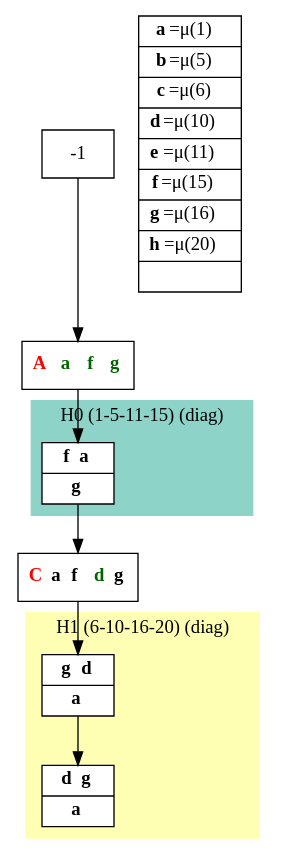
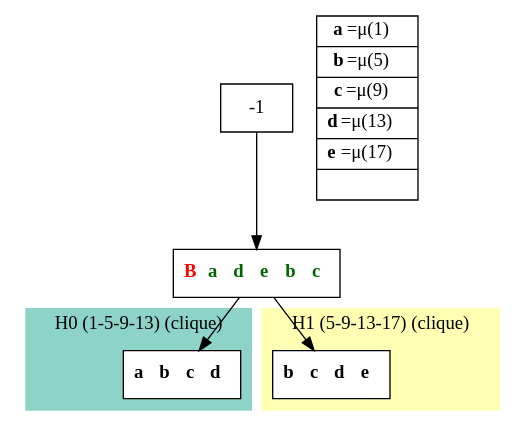
One commit to bmarchand/auto-dp changed the diagram in results/compact_dot_files/compact_H_letters.dot. Above: the diagram before and after it, drawn with Graphviz. The commit also changed 188 other files, not shown here.

```diff
--- a/results/compact_dot_files/compact_H_letters.dot
+++ b/results/compact_dot_files/compact_H_letters.dot
@@ -1,29 +1,26 @@
 digraph G {
     node [shape=box];
     subgraph cluster0 {
         node [style=filled,fillcolor=white];
         labeljust="l";
         style=filled;
         color="#8DD3C7";
         H0_0;
-        label="H0 (1-5-11-15) (diag)";
+        label="H0 (1-5-9-13) (clique)";
     }
     subgraph cluster1 {
         node [style=filled,fillcolor=white];
         labeljust="l";
         style=filled;
         color="#FFFFB3";
-        H1_7 -> H1_0;
-        label="H1 (6-10-16-20) (diag)";
+        H1_0;
+        label="H1 (5-9-13-17) (clique)";
     }
-     1 [shape=record,label= <{  <FONT COLOR="RED"><b>A</b></FONT>  <FONT COLOR="DARKGREEN"><b>a</b></FONT>  <FONT COLOR="DARKGREEN"><b>f</b></FONT>  <FONT COLOR="DARKGREEN"><b>g</b></FONT>}> ];
+     1 [shape=record,label= <{  <FONT COLOR="RED"><b>B</b></FONT> <b><FONT COLOR="DARKGREEN">a </FONT></b> <b><FONT COLOR="DARKGREEN">d </FONT></b> <b><FONT COLOR="DARKGREEN">e </FONT></b> <b><FONT COLOR="DARKGREEN">b </FONT></b> <b><FONT COLOR="DARKGREEN">c </FONT></b>}> ];
      -1  ->  1;
-     H0_0 [shape=record,label= <{ <b>f</b> <b>a</b>|  <b>g</b>}> ];
+     H0_0 [shape=record,label= <{ <b>a </b> <b>b </b> <b>c </b> <b>d </b>}> ];
      1  ->  H0_0;
-     10 [shape=record,label= <{  <FONT COLOR="RED"><b>C</b></FONT> <b>a</b> <b>f</b>  <FONT COLOR="DARKGREEN"><b>d</b></FONT> <b>g</b>}> ];
-     H0_0  ->  10;
-     H1_7 [shape=record,label= <{ <b>g</b> <b>d</b>|  <b>a</b>}> ];
-     10  ->  H1_7;
-     H1_0 [shape=record,label= <{ <b>d</b> <b>g</b>|  <b>a</b>}> ];
-    labels [shape=record,label= <{<b>a</b>=&#956;(1) | <b>b</b>=&#956;(5) | <b>c</b>=&#956;(6) | <b>d</b>=&#956;(10) | <b>e</b>=&#956;(11) | <b>f</b>=&#956;(15) | <b>g</b>=&#956;(16) | <b>h</b>=&#956;(20) | }> ];
+     H1_0 [shape=record,label= <{ <b>b </b> <b>c </b> <b>d </b> <b>e </b>}> ];
+     1  ->  H1_0;
+    labels [shape=record,label= <{<b>a</b>=&#956;(1) | <b>b</b>=&#956;(5) | <b>c</b>=&#956;(9) | <b>d</b>=&#956;(13) | <b>e</b>=&#956;(17) | }> ];
 }
```
